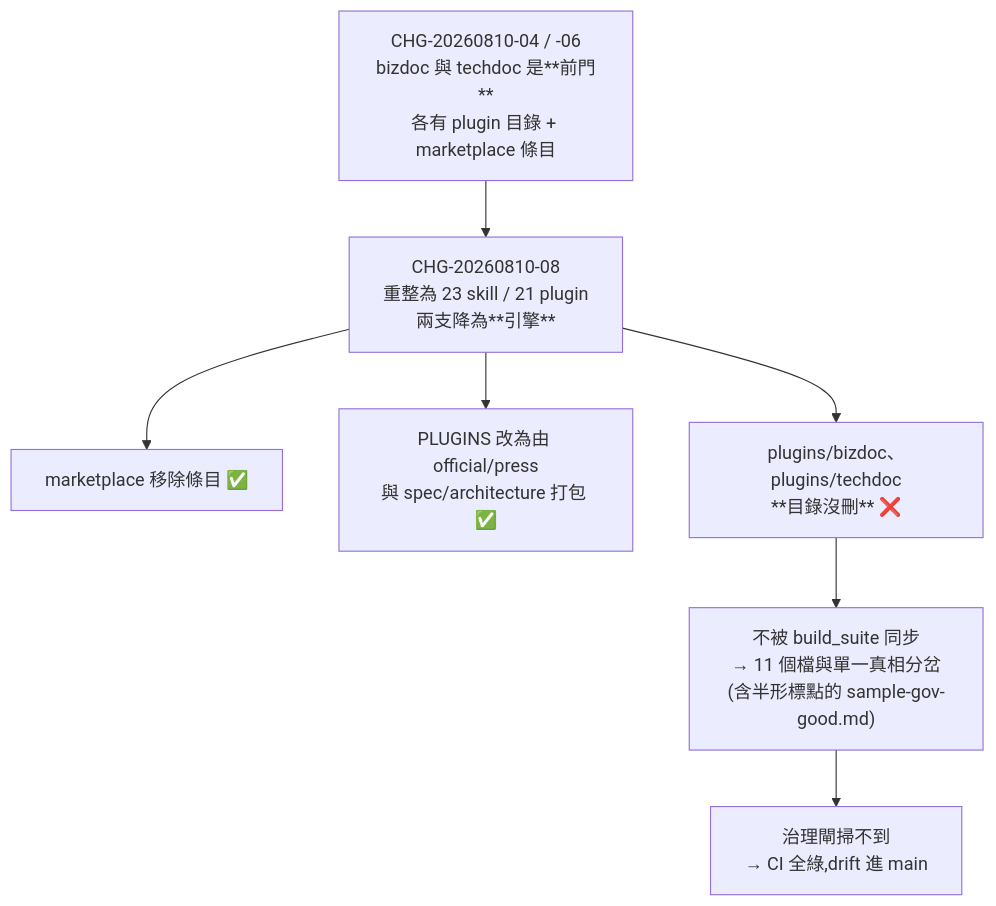
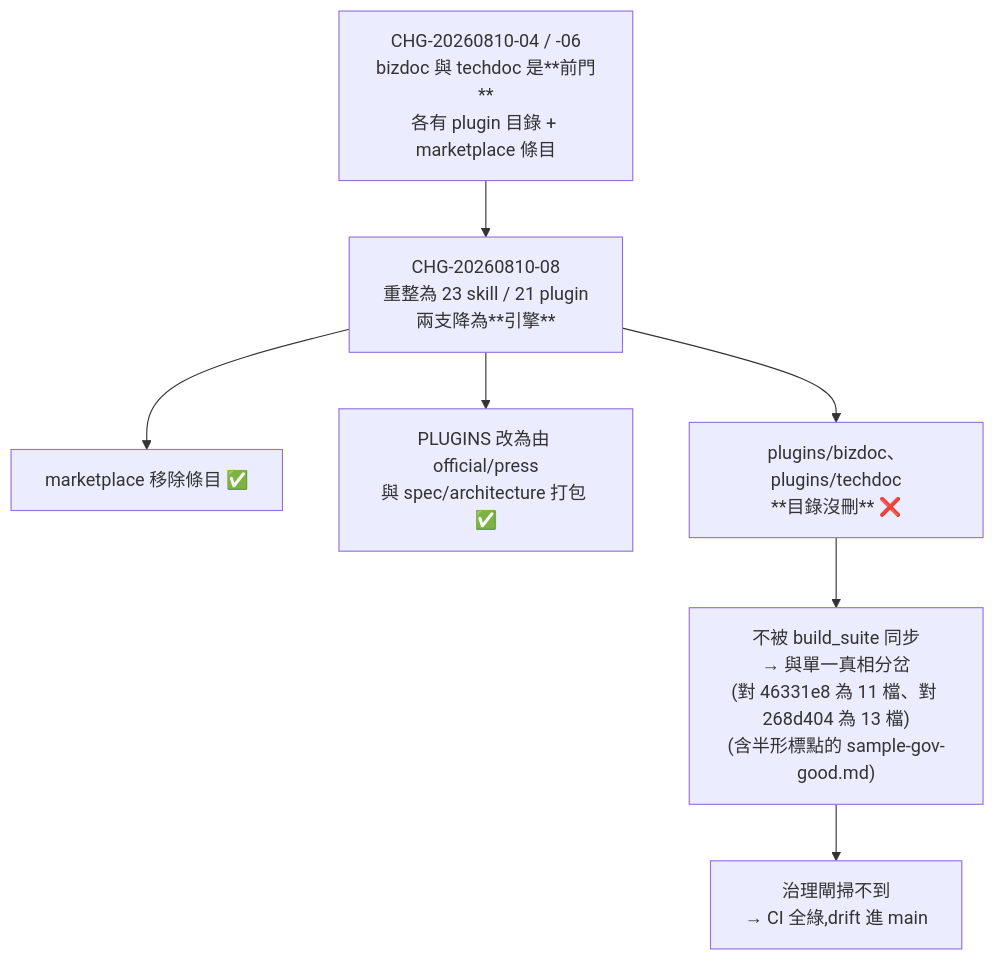
One commit to kamira/skill-chinese-write changed the second of 2 diagrams in docs/writing/changes/CHG-20260814-02.md. Above: the diagram before and after it, drawn with Mermaid. The commit also changed other lines of this file and 3 other files, not shown here.

````diff
--- a/docs/writing/changes/CHG-20260814-02.md
+++ b/docs/writing/changes/CHG-20260814-02.md
@@ -96,14 +102,14 @@
 ```mermaid
 flowchart TB
     A["CHG-20260810-04 / -06<br/>bizdoc 與 techdoc 是**前門**<br/>各有 plugin 目錄 + marketplace 條目"]
     B["CHG-20260810-08<br/>重整為 23 skill / 21 plugin<br/>兩支降為**引擎**"]
     C["marketplace 移除條目 ✅"]
     D["PLUGINS 改為由 official/press<br/>與 spec/architecture 打包 ✅"]
     E["plugins/bizdoc、plugins/techdoc<br/>**目錄沒刪** ❌"]
     A --> B
     B --> C
     B --> D
     B --> E
-    E --> F["不被 build_suite 同步<br/>→ 11 個檔與單一真相分岔<br/>(含半形標點的 sample-gov-good.md)"]
+    E --> F["不被 build_suite 同步<br/>→ 與單一真相分岔<br/>(對 46331e8 為 11 檔、對 268d404 為 13 檔)<br/>(含半形標點的 sample-gov-good.md)"]
     F --> G["治理閘掃不到<br/>→ CI 全綠,drift 進 main"]
 ```
````
